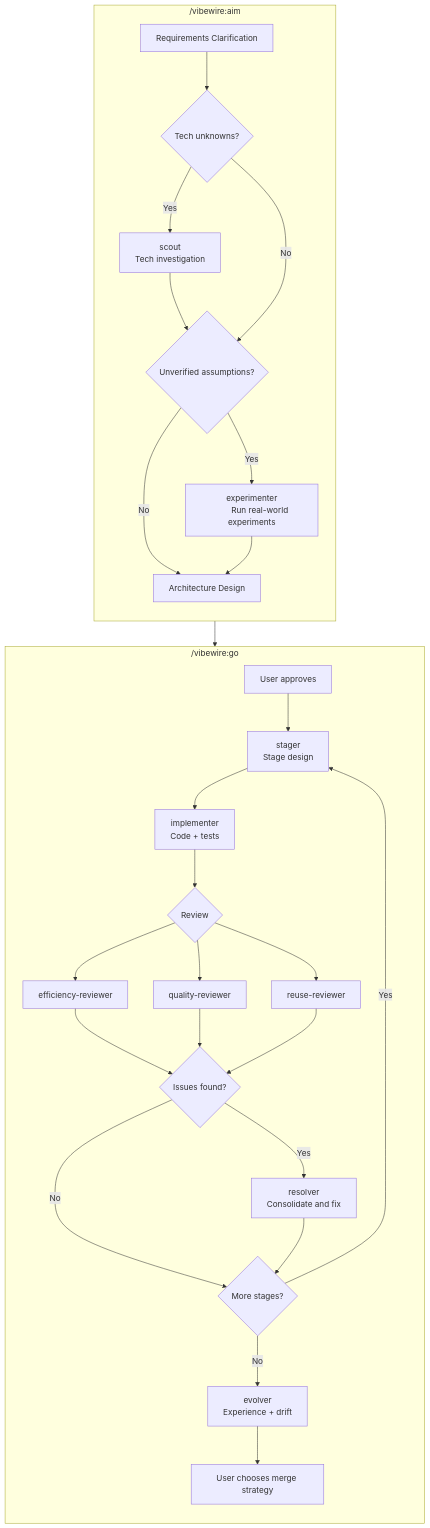
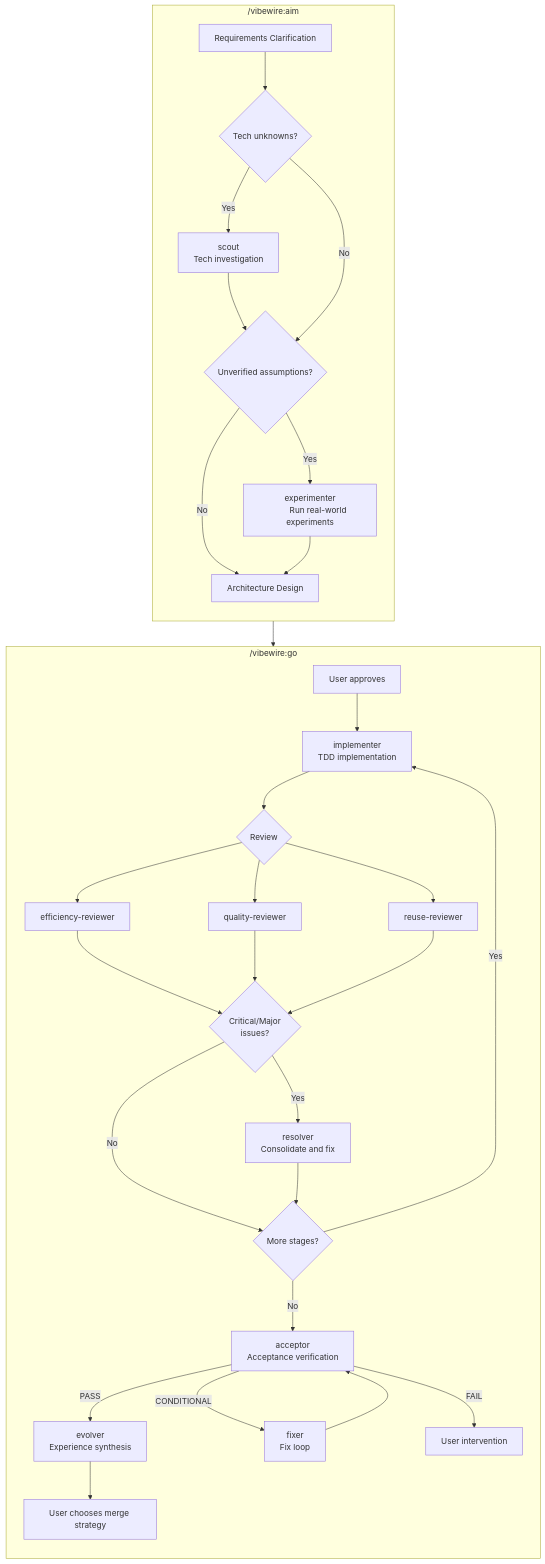
Before and after one commit to owniai/vibewire: the diagram in README.md, drawn with Mermaid. The commit also changed other lines of this file and 14 other files, not shown here.

First line of the commit message:
feat: v0.5.0 — 新增 acceptor/fixer，移除 stager，修正工作流矛盾

````diff
--- a/README.md
+++ b/README.md
@@ -176,42 +172,47 @@
 ```mermaid
 flowchart TD
     subgraph aim["/vibewire:aim"]
         direction TB
         A1[Requirements Clarification] --> A2{Tech unknowns?}
         A2 -- Yes --> A3["scout
         Tech investigation"]
         A3 --> A4{Unverified assumptions?}
         A2 -- No --> A4
         A4 -- Yes --> A5["experimenter
         Run real-world experiments"]
         A4 -- No --> A6[Architecture Design]
         A5 --> A6
     end
 
     subgraph go["/vibewire:go"]
         direction TB
-        G0[User approves] --> G1["stager
-        Stage design"]
-        G1 --> G2["implementer
-        Code + tests"]
-        G2 --> G3{Review}
+        G0[User approves] --> G1["implementer
+        TDD implementation"]
+        G1 --> G2{Review}
 
-        G3 --> G4["efficiency-reviewer"]
-        G3 --> G5["quality-reviewer"]
-        G3 --> G6["reuse-reviewer"]
+        G2 --> G3["efficiency-reviewer"]
+        G2 --> G4["quality-reviewer"]
+        G2 --> G5["reuse-reviewer"]
 
-        G4 --> G7{Issues found?}
-        G5 --> G7
-        G6 --> G7
-        G7 -- Yes --> G8["resolver
+        G3 --> G6{Critical/Major
+        issues?}
+        G4 --> G6
+        G5 --> G6
+        G6 -- Yes --> G7["resolver
         Consolidate and fix"]
-        G7 -- No --> G9{More stages?}
-        G8 --> G9
-        G9 -- Yes --> G1
-        G9 -- No --> G10["evolver
-        Experience + drift"]
-        G10 --> G11[User chooses merge strategy]
+        G6 -- No --> G8{More stages?}
+        G7 --> G8
+        G8 -- Yes --> G1
+        G8 -- No --> G9["acceptor
+        Acceptance verification"]
+        G9 -- PASS --> G10["evolver
+        Experience synthesis"]
+        G9 -- CONDITIONAL --> G11["fixer
+        Fix loop"]
+        G11 --> G9
+        G9 -- FAIL --> G12[User intervention]
+        G10 --> G13[User chooses merge strategy]
     end
 
     aim --> go
 ```
````
